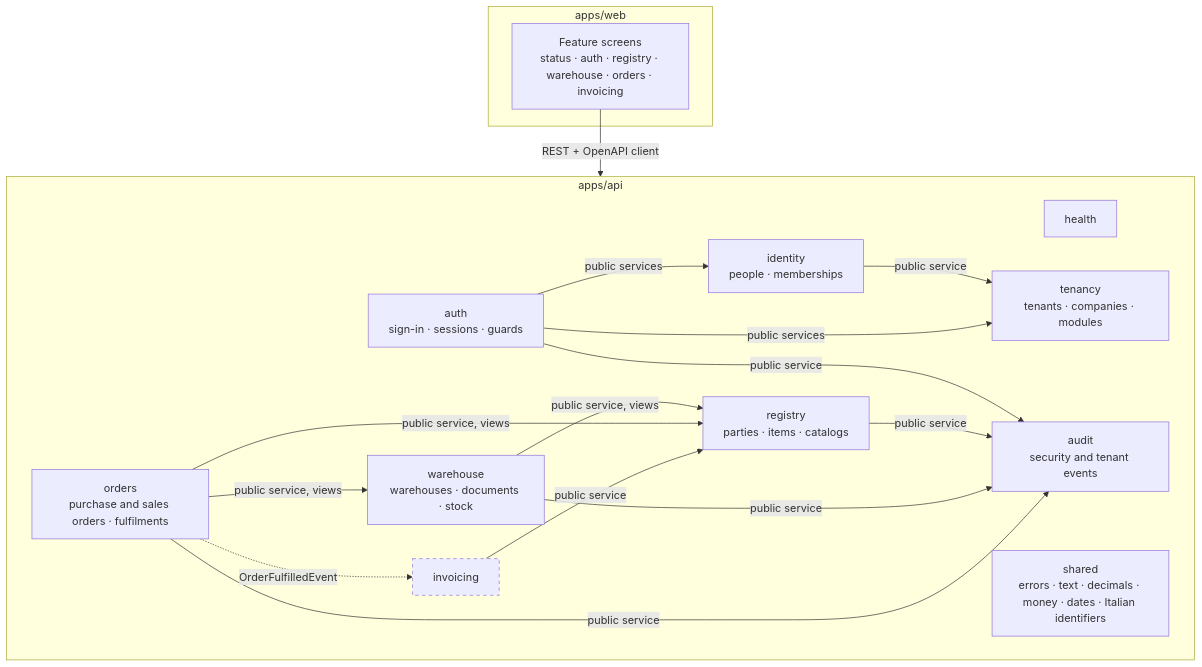
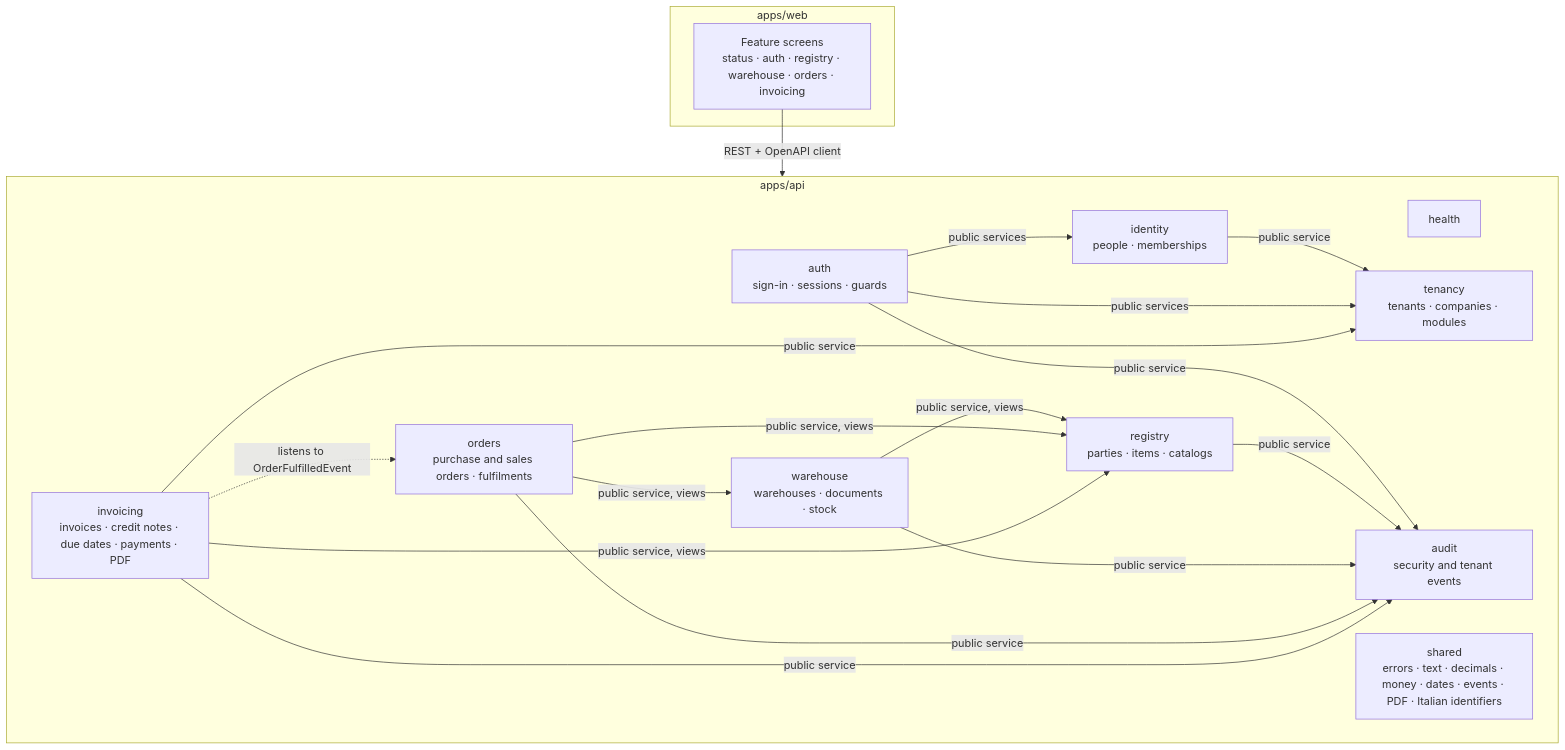
The sixth of 11 diagrams in docs/architecture.md (MicheleG14/mercurio), drawn with Mermaid before and after one commit. The commit also changed other lines of this file and 12 other files, not shown here.

First line of the commit message:
docs: invoicing, events and printed documents

````diff
--- a/docs/architecture.md
+++ b/docs/architecture.md
@@ -197,36 +197,35 @@
 ```mermaid
 flowchart TB
     subgraph web[apps/web]
         ui[Feature screens<br/>status · auth · registry · warehouse · orders · invoicing]
     end
 
     subgraph api[apps/api]
         health[health]
         tenancy[tenancy<br/>tenants · companies · modules]
         identity[identity<br/>people · memberships]
         auth[auth<br/>sign-in · sessions · guards]
         audit[audit<br/>security and tenant events]
         registry[registry<br/>parties · items · catalogs]
         warehouse[warehouse<br/>warehouses · documents · stock]
         orders[orders<br/>purchase and sales orders · fulfilments]
-        invoicing[invoicing]
-        shared[shared<br/>errors · text · decimals · money · dates · Italian identifiers]
+        invoicing[invoicing<br/>invoices · credit notes · due dates · payments · PDF]
+        shared[shared<br/>errors · text · decimals · money · dates · events · PDF · Italian identifiers]
     end
 
     ui -- REST + OpenAPI client --> api
     identity -- public service --> tenancy
     auth -- public services --> identity
     auth -- public services --> tenancy
     auth -- public service --> audit
     registry -- public service --> audit
     warehouse -- public service, views --> registry
     warehouse -- public service --> audit
     orders -- public service, views --> registry
     orders -- public service, views --> warehouse
     orders -- public service --> audit
-    orders -. OrderFulfilledEvent .-> invoicing
-    invoicing -- public service --> registry
-
-    classDef planned stroke-dasharray: 5 5
-    class invoicing planned
+    invoicing -. listens to OrderFulfilledEvent .-> orders
+    invoicing -- public service, views --> registry
+    invoicing -- public service --> tenancy
+    invoicing -- public service --> audit
 ```
````
